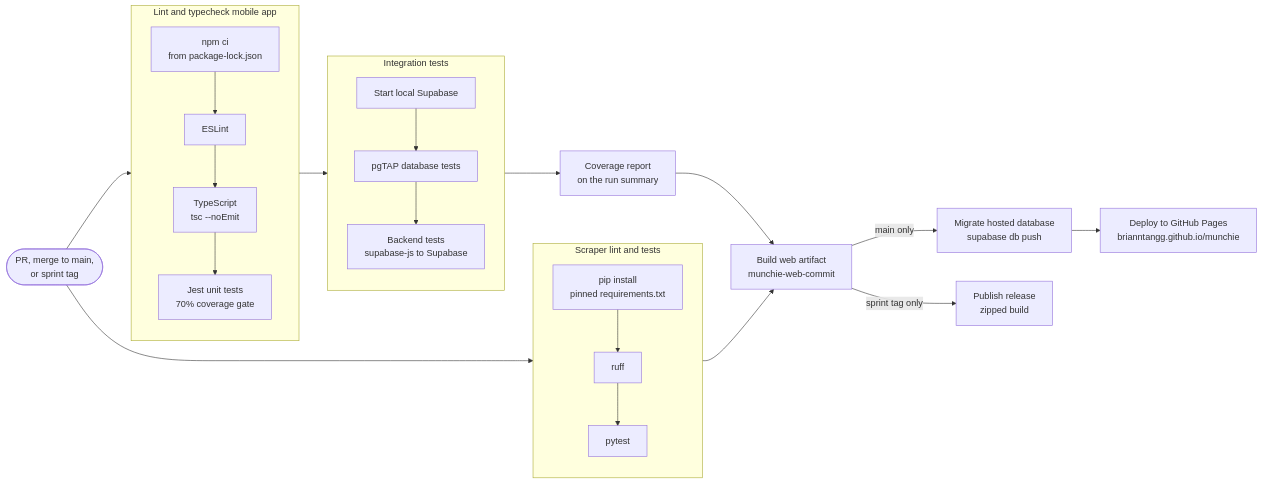
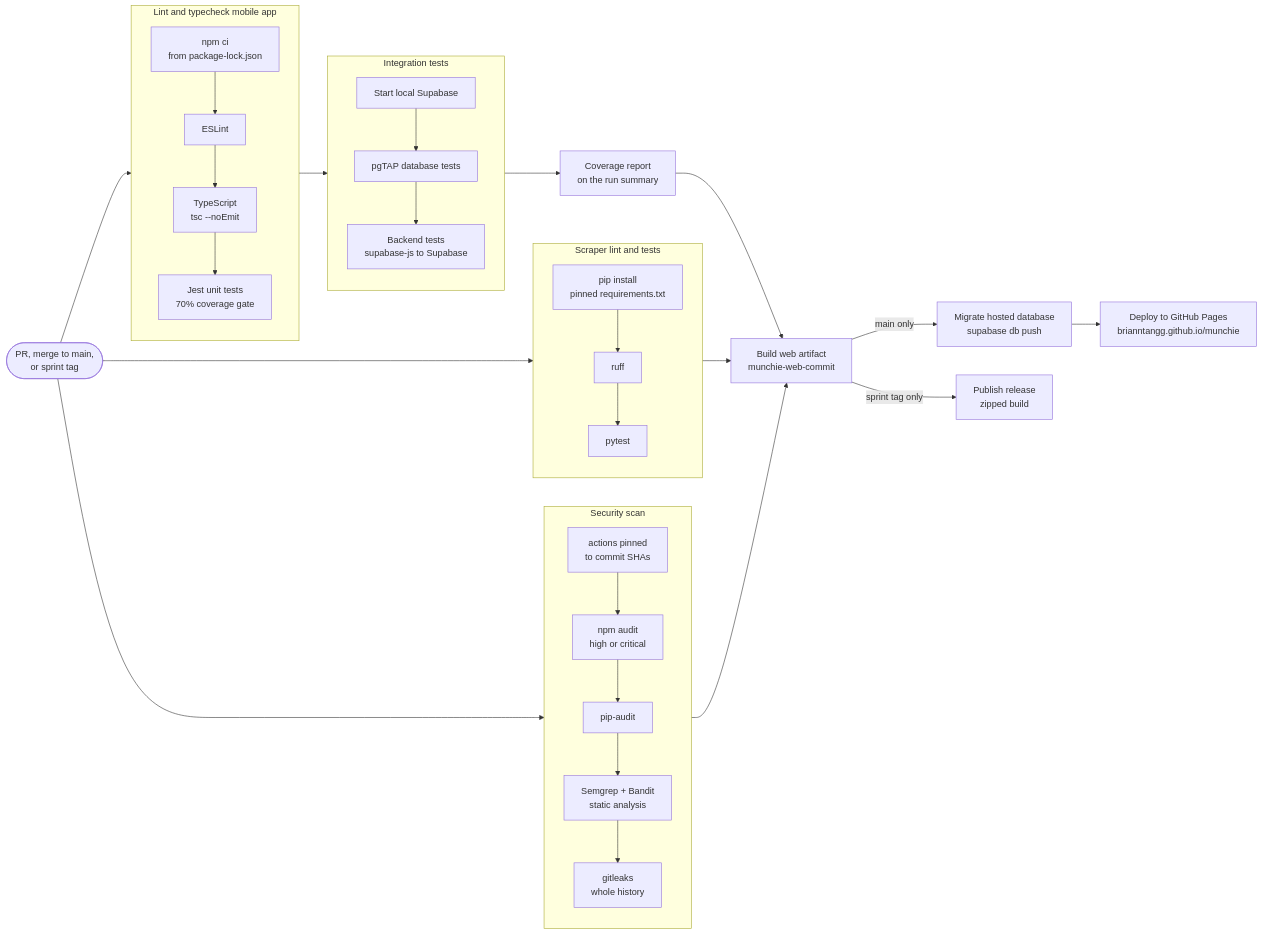
The diagram in docs/pipeline.md (brianntangg/munchie), drawn with Mermaid before and after one commit. The commit also changed other lines of this file and 9 other files, not shown here.

Commit message:
Add a security scan to CI and pin actions to commit SHAs (#63)

````diff
--- a/docs/pipeline.md
+++ b/docs/pipeline.md
@@ -18,30 +18,36 @@
 ```mermaid
 flowchart LR
   trigger([PR, merge to main,<br/>or sprint tag])
 
   subgraph unit [Lint and typecheck mobile app]
     direction TB
     install[npm ci<br/>from package-lock.json] --> lint[ESLint] --> tsc[TypeScript<br/>tsc --noEmit] --> jest[Jest unit tests<br/>70% coverage gate]
   end
 
   subgraph integration [Integration tests]
     direction TB
     supa[Start local Supabase] --> pgtap[pgTAP database tests] --> backend[Backend tests<br/>supabase-js to Supabase]
   end
 
   subgraph scraper [Scraper lint and tests]
     direction TB
     pip[pip install<br/>pinned requirements.txt] --> ruff[ruff] --> pytest[pytest]
   end
 
+  subgraph security [Security scan]
+    direction TB
+    pins[actions pinned<br/>to commit SHAs] --> npmaudit[npm audit<br/>high or critical] --> pipaudit[pip-audit] --> sast[Semgrep + Bandit<br/>static analysis] --> leaks[gitleaks<br/>whole history]
+  end
+
   coverage[Coverage report<br/>on the run summary]
   build[Build web artifact<br/>munchie-web-commit]
   migrate[Migrate hosted database<br/>supabase db push]
   deploy[Deploy to GitHub Pages<br/>brianntangg.github.io/munchie]
   release[Publish release<br/>zipped build]
 
   trigger --> unit --> integration --> coverage --> build
   trigger --> scraper --> build
+  trigger --> security --> build
   build -- main only --> migrate --> deploy
   build -- sprint tag only --> release
 ```
````
